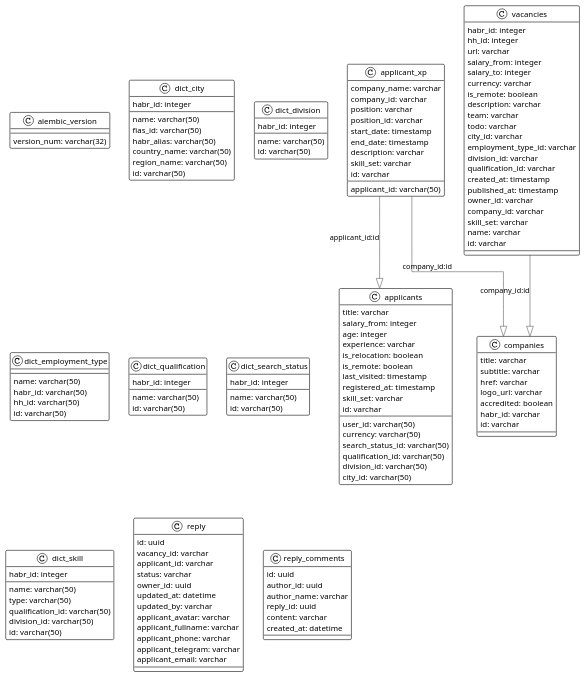
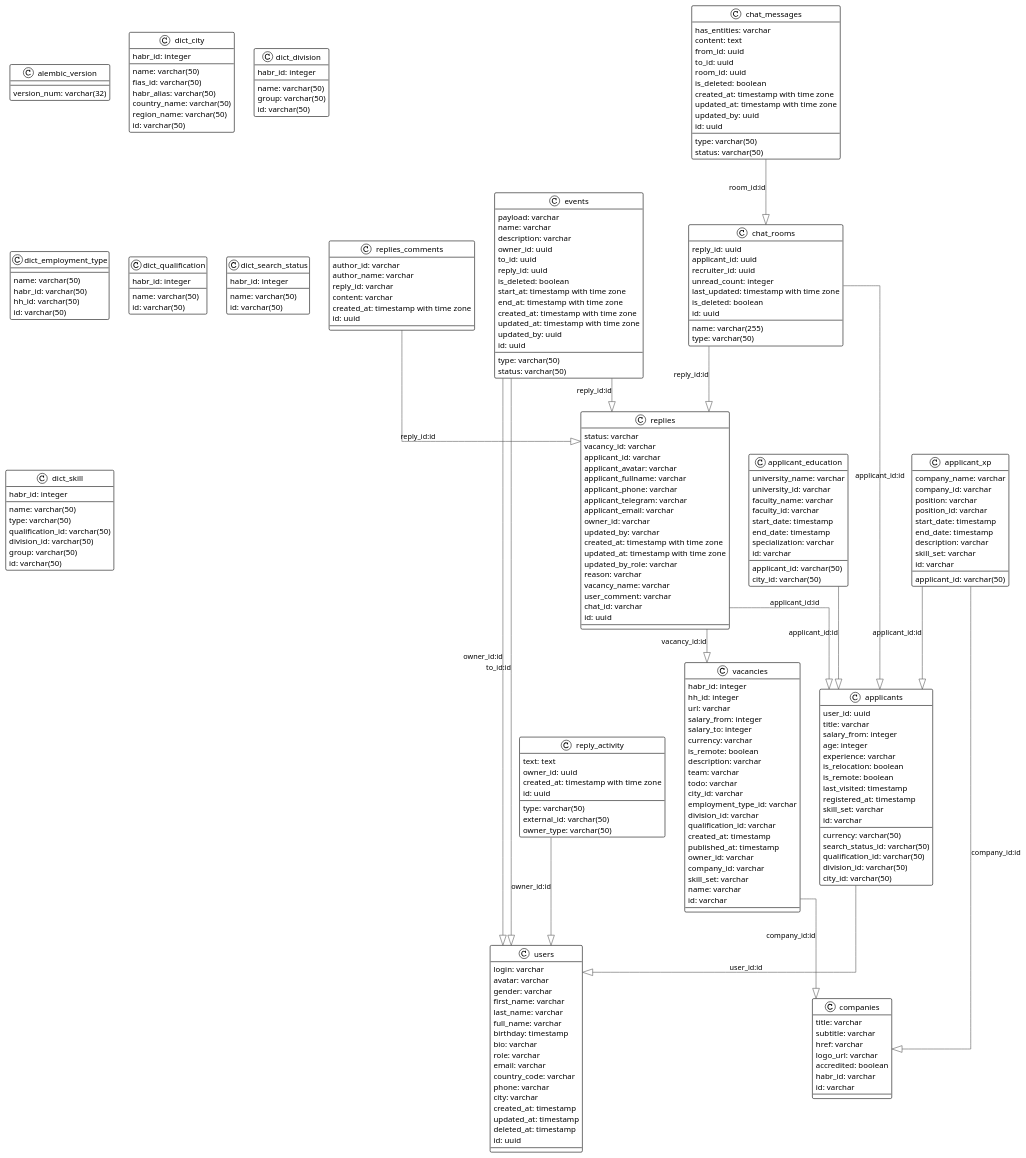
One commit to idev-present/skillometer changed the diagram in artefacts/architecture/DB_schema.puml. Above: the diagram before and after it, drawn with PlantUML. The commit also changed 23 other files, not shown here.

```diff
--- a/artefacts/architecture/DB_schema.puml
+++ b/artefacts/architecture/DB_schema.puml
@@ -6,6 +6,18 @@
 
 class alembic_version {
    version_num: varchar(32)
+}
+class applicant_education {
+   applicant_id: varchar(50)
+   university_name: varchar
+   university_id: varchar
+   faculty_name: varchar
+   faculty_id: varchar
+   city_id: varchar(50)
+   start_date: timestamp
+   end_date: timestamp
+   specialization: varchar
+   id: varchar
 }
 class applicant_xp {
    applicant_id: varchar(50)
@@ -20,7 +32,7 @@
    id: varchar
 }
 class applicants {
-   user_id: varchar(50)
+   user_id: uuid
    title: varchar
    salary_from: integer
    currency: varchar(50)
@@ -36,6 +48,31 @@
    city_id: varchar(50)
    skill_set: varchar
    id: varchar
+}
+class chat_messages {
+   type: varchar(50)
+   status: varchar(50)
+   has_entities: varchar
+   content: text
+   from_id: uuid
+   to_id: uuid
+   room_id: uuid
+   is_deleted: boolean
+   created_at: timestamp with time zone
+   updated_at: timestamp with time zone
+   updated_by: uuid
+   id: uuid
+}
+class chat_rooms {
+   name: varchar(255)
+   type: varchar(50)
+   reply_id: uuid
+   applicant_id: uuid
+   recruiter_id: uuid
+   unread_count: integer
+   last_updated: timestamp with time zone
+   is_deleted: boolean
+   id: uuid
 }
 class companies {
    title: varchar
@@ -58,6 +95,7 @@
 class dict_division {
    name: varchar(50)
    habr_id: integer
+   group: varchar(50)
    id: varchar(50)
 }
 class dict_employment_type {
@@ -82,7 +120,81 @@
    qualification_id: varchar(50)
    division_id: varchar(50)
    habr_id: integer
+   group: varchar(50)
    id: varchar(50)
+}
+class events {
+   type: varchar(50)
+   status: varchar(50)
+   payload: varchar
+   name: varchar
+   description: varchar
+   owner_id: uuid
+   to_id: uuid
+   reply_id: uuid
+   is_deleted: boolean
+   start_at: timestamp with time zone
+   end_at: timestamp with time zone
+   created_at: timestamp with time zone
+   updated_at: timestamp with time zone
+   updated_by: uuid
+   id: uuid
+}
+class replies {
+   status: varchar
+   vacancy_id: varchar
+   applicant_id: varchar
+   applicant_avatar: varchar
+   applicant_fullname: varchar
+   applicant_phone: varchar
+   applicant_telegram: varchar
+   applicant_email: varchar
+   owner_id: varchar
+   updated_by: varchar
+   created_at: timestamp with time zone
+   updated_at: timestamp with time zone
+   updated_by_role: varchar
+   reason: varchar
+   vacancy_name: varchar
+   user_comment: varchar
+   chat_id: varchar
+   id: uuid
+}
+class replies_comments {
+   author_id: varchar
+   author_name: varchar
+   reply_id: varchar
+   content: varchar
+   created_at: timestamp with time zone
+   id: uuid
+}
+class reply_activity {
+   type: varchar(50)
+   text: text
+   external_id: varchar(50)
+   owner_id: uuid
+   owner_type: varchar(50)
+   created_at: timestamp with time zone
+   id: uuid
+}
+class users {
+   login: varchar
+   avatar: varchar
+   gender: varchar
+   first_name: varchar
+   last_name: varchar
+   full_name: varchar
+   birthday: timestamp
+   bio: varchar
+   role: varchar
+   email: varchar
+   country_code: varchar
+   phone: varchar
+   city: varchar
+   created_at: timestamp
+   updated_at: timestamp
+   deleted_at: timestamp
+   id: uuid
 }
 class vacancies {
    habr_id: integer
@@ -107,31 +219,20 @@
    name: varchar
    id: varchar
 }
-class reply {
-    id: uuid
-    vacancy_id: varchar
-    applicant_id: varchar
-    status: varchar
-    owner_id: uuid
-    updated_at: datetime
-    updated_by: varchar
-    applicant_avatar: varchar
-    applicant_fullname: varchar
-    applicant_phone: varchar
-    applicant_telegram: varchar
-    applicant_email: varchar
-}
 
-class reply_comments {
-    id: uuid
-    author_id: uuid
-    author_name: varchar
-    reply_id: uuid
-    content: varchar
-    created_at: datetime
-}
-
+applicant_education   -[#595959,plain]-^  applicants           : "applicant_id:id"
 applicant_xp          -[#595959,plain]-^  applicants           : "applicant_id:id"
 applicant_xp          -[#595959,plain]-^  companies            : "company_id:id"
+applicants            -[#595959,plain]-^  users                : "user_id:id"
+chat_messages         -[#595959,plain]-^  chat_rooms           : "room_id:id"
+chat_rooms            -[#595959,plain]-^  applicants           : "applicant_id:id"
+chat_rooms            -[#595959,plain]-^  replies              : "reply_id:id"
+events                -[#595959,plain]-^  replies              : "reply_id:id"
+events                -[#595959,plain]-^  users                : "owner_id:id"
+events                -[#595959,plain]-^  users                : "to_id:id"
+replies               -[#595959,plain]-^  applicants           : "applicant_id:id"
+replies               -[#595959,plain]-^  vacancies            : "vacancy_id:id"
+replies_comments      -[#595959,plain]-^  replies              : "reply_id:id"
+reply_activity        -[#595959,plain]-^  users                : "owner_id:id"
 vacancies             -[#595959,plain]-^  companies            : "company_id:id"
 @enduml
```
